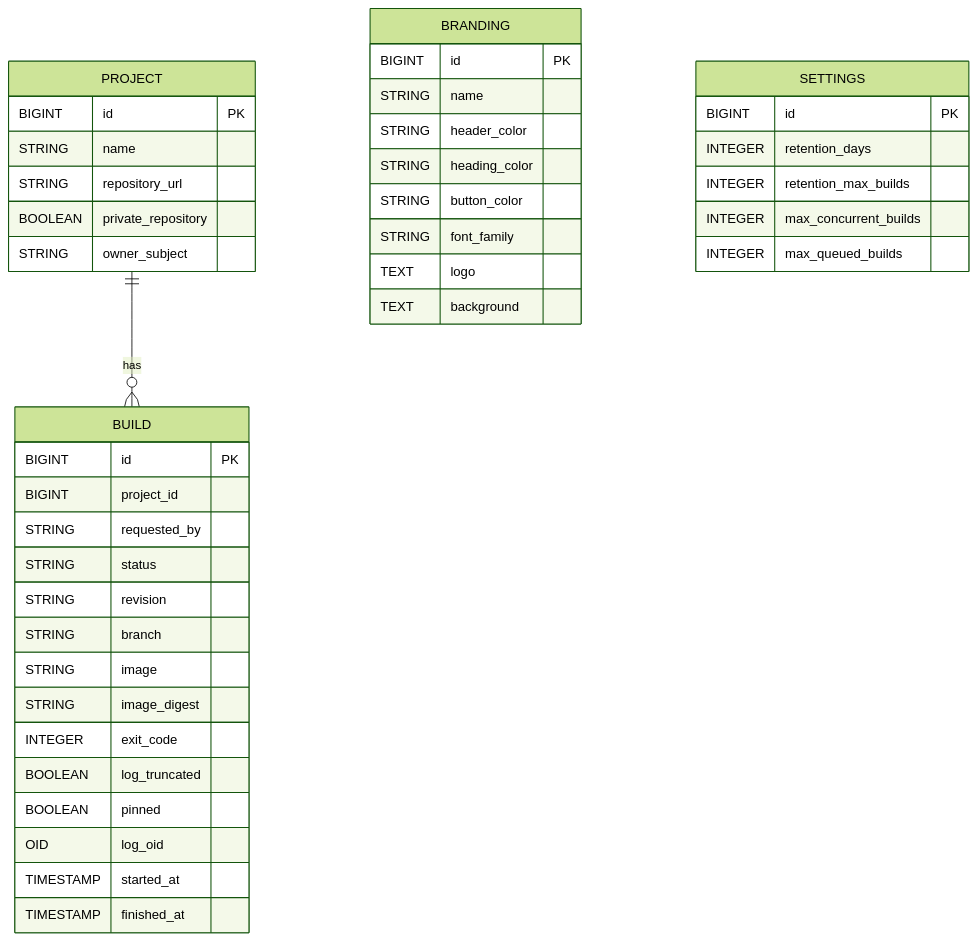
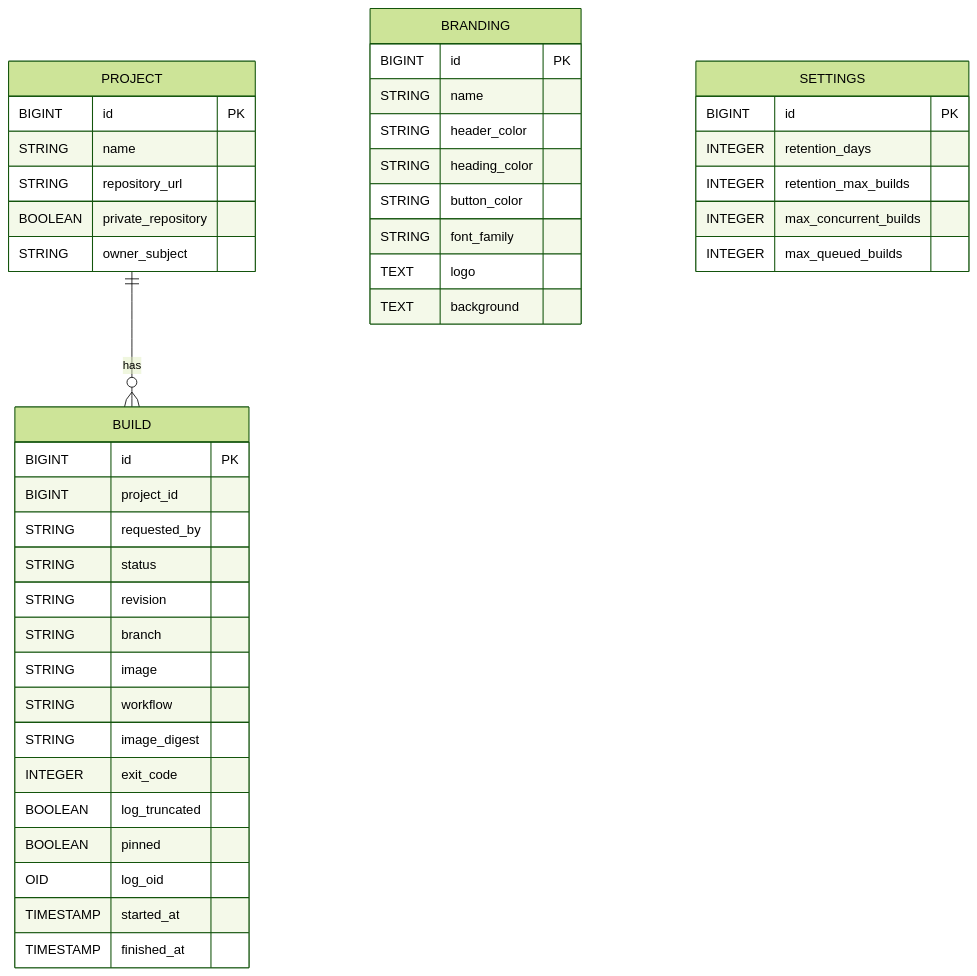
The diagram in docs/entity-diagram.md (Mohamed-Alkafory/cisys), drawn with Mermaid (forest theme) before and after one commit. The commit also changed 23 other files, not shown here.

````diff
--- a/docs/entity-diagram.md
+++ b/docs/entity-diagram.md
@@ -5,48 +5,49 @@
 ```mermaid
 erDiagram
     PROJECT {
         BIGINT id PK
         STRING name
         STRING repository_url
         BOOLEAN private_repository
         STRING owner_subject
     }
 
     BUILD {
         BIGINT id PK
         BIGINT project_id
         STRING requested_by
         STRING status
         STRING revision
         STRING branch
         STRING image
+        STRING workflow
         STRING image_digest
         INTEGER exit_code
         BOOLEAN log_truncated
         BOOLEAN pinned
         OID log_oid
         TIMESTAMP started_at
         TIMESTAMP finished_at
     }
 
     BRANDING {
         BIGINT id PK
         STRING name
         STRING header_color
         STRING heading_color
         STRING button_color
         STRING font_family
         TEXT logo
         TEXT background
     }
 
     SETTINGS {
         BIGINT id PK
         INTEGER retention_days
         INTEGER retention_max_builds
         INTEGER max_concurrent_builds
         INTEGER max_queued_builds
     }
 
     PROJECT ||--o{ BUILD : has
 ```
````
